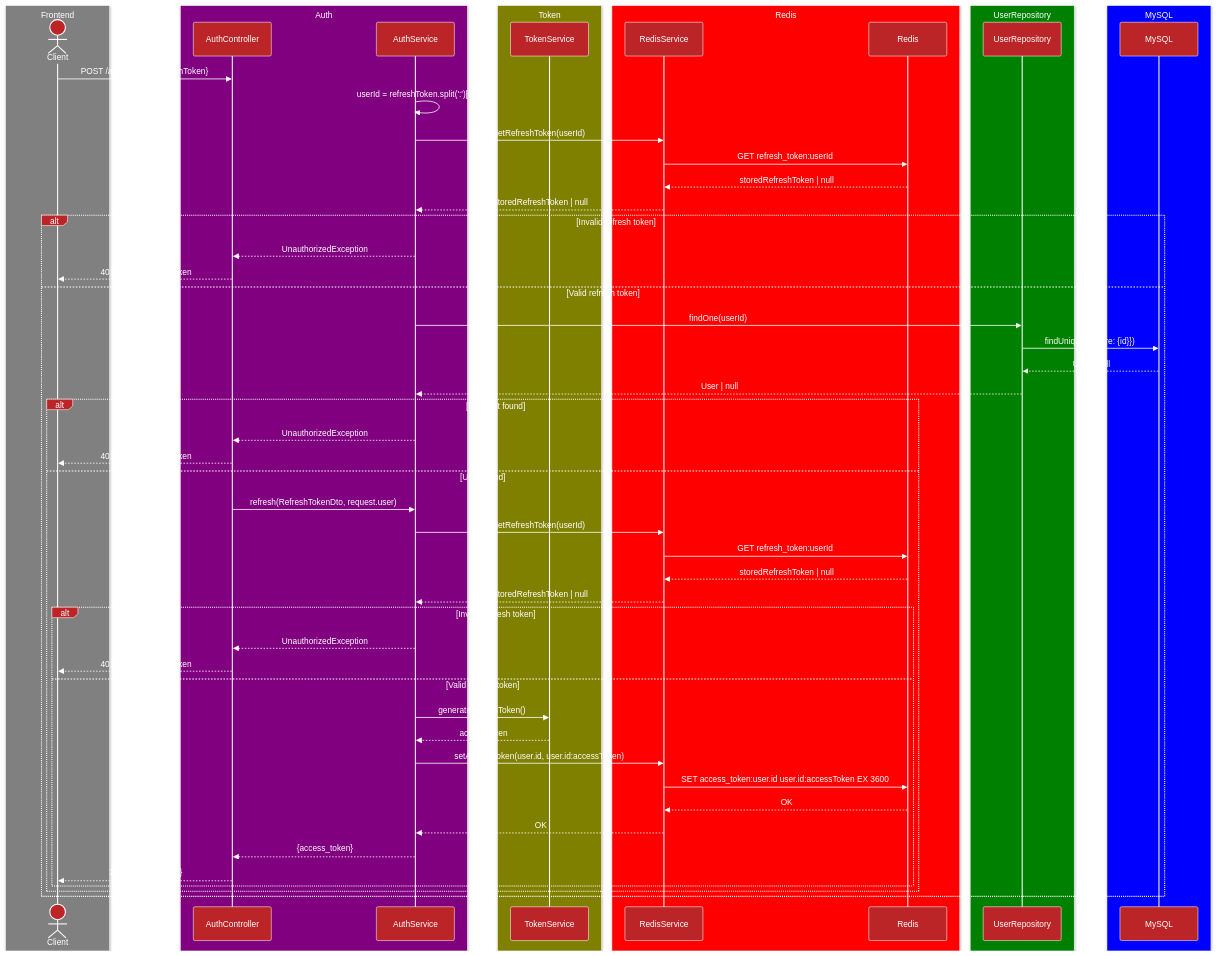
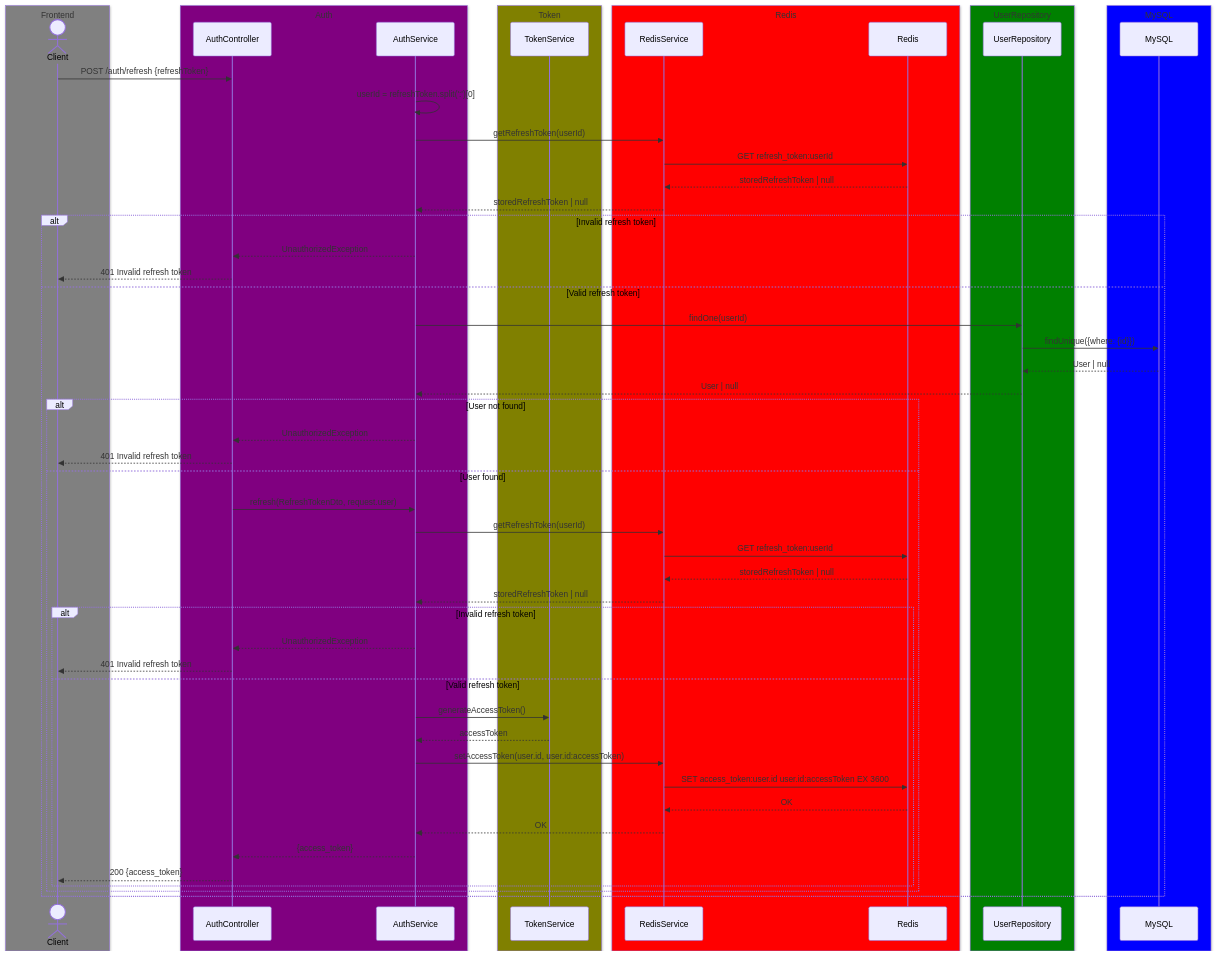
Before and after one commit to hamidehalaee/nestjs_ddd_skeleton: the diagram in docs/auth/refresh-token.md, drawn with Mermaid.

Commit message:
Change mermaid theme from 'base' to 'light'

````diff
--- a/docs/auth/refresh-token.md
+++ b/docs/auth/refresh-token.md
@@ -1,79 +1,79 @@
 ```mermaid
 ---
 config:
-  theme: 'base'
+  theme: 'light'
   themeVariables:
     primaryColor: '#BB2528'
     primaryTextColor: '#fff'
     primaryBorderColor: '#fff'
     lineColor: '#F8B229'
     secondaryColor: '#006100'
     tertiaryColor: '#fff'
 ---
 sequenceDiagram
   box Gray Frontend
   actor Client
   end
 
   box Purple Auth
   participant AuthController
   participant AuthService
   end
 
   box Olive Token
   participant TokenService
   end
 
   box Red Redis
   participant RedisService
   participant Redis
   end
 
   box Green UserRepository
   participant UserRepo as UserRepository
   end
 
   box Blue MySQL
   participant MySQL
   end
 
 %% Refresh Flow with Validation
   Client->>AuthController: POST /auth/refresh {refreshToken}
   AuthService->> AuthService: userId = refreshToken.split(':')[0]
   AuthService->>RedisService: getRefreshToken(userId)
   RedisService->>Redis: GET refresh_token:userId
   Redis-->>RedisService: storedRefreshToken | null
   RedisService-->>AuthService: storedRefreshToken | null
   alt Invalid refresh token
     AuthService-->>AuthController: UnauthorizedException
     AuthController-->>Client: 401 Invalid refresh token
   else Valid refresh token
     AuthService->>UserRepo: findOne(userId)
     UserRepo->>MySQL: findUnique({where: {id}})
     MySQL-->>UserRepo: User | null
     UserRepo-->>AuthService: User | null
     alt User not found
       AuthService-->>AuthController: UnauthorizedException
       AuthController-->>Client: 401 Invalid refresh token
     else User found
       AuthController->>AuthService: refresh(RefreshTokenDto, request.user)
       AuthService->>RedisService: getRefreshToken(userId)
       RedisService->>Redis: GET refresh_token:userId
       Redis-->>RedisService: storedRefreshToken | null
       RedisService-->>AuthService: storedRefreshToken | null
       alt Invalid refresh token
         AuthService-->>AuthController: UnauthorizedException
         AuthController-->>Client: 401 Invalid refresh token
       else Valid refresh token
         AuthService->>TokenService: generateAccessToken()
         TokenService-->>AuthService: accessToken
         AuthService->>RedisService: setAccessToken(user.id, user.id:accessToken)
         RedisService->>Redis: SET access_token:user.id user.id:accessToken EX 3600
         Redis-->>RedisService: OK
         RedisService-->>AuthService: OK
         AuthService-->>AuthController: {access_token}
         AuthController-->>Client: 200 {access_token}
       end
     end
   end
 ```
````
